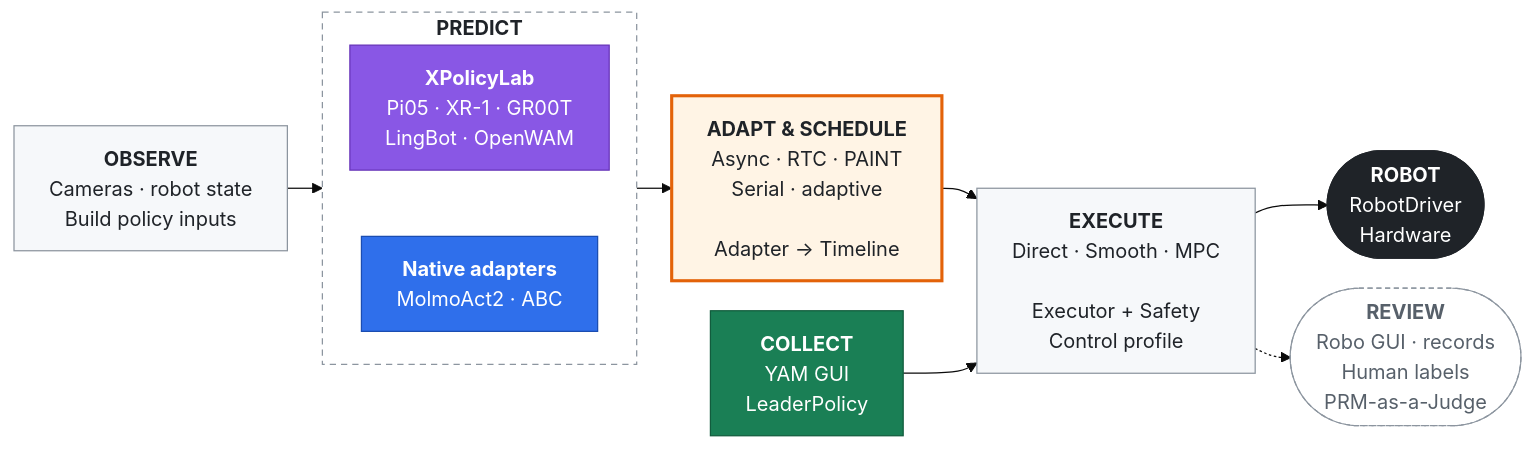
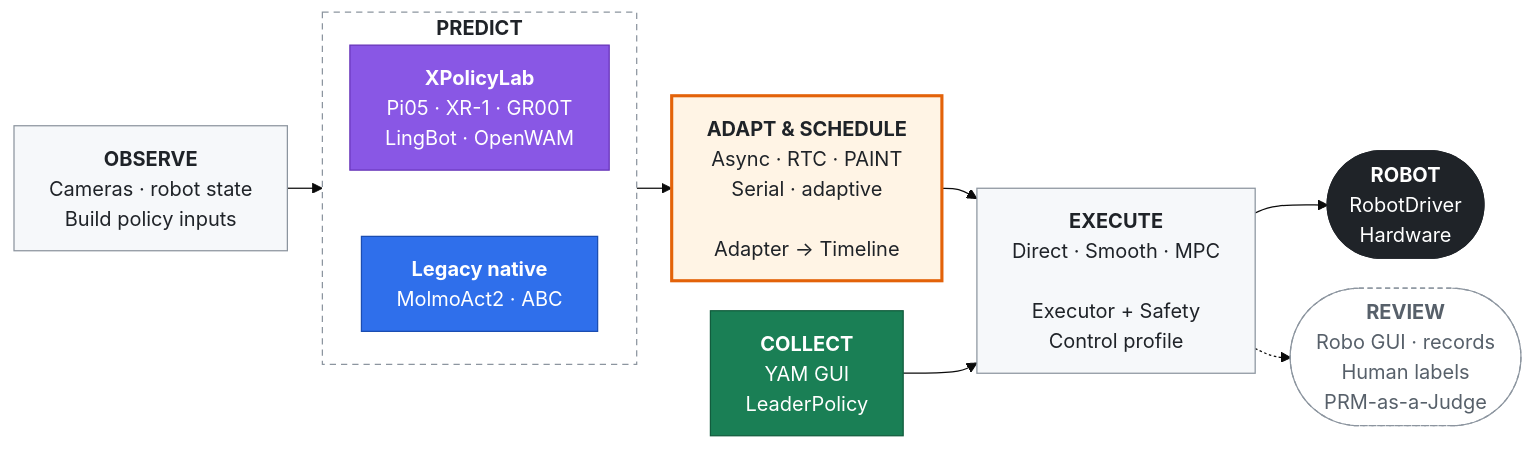
One commit to SII-LiuLab/manimux changed the diagram in README.md. Above: the diagram before and after it, drawn with Mermaid (base theme). The commit also changed other lines of this file and 4 other files, not shown here.

````diff
--- a/README.md
+++ b/README.md
@@ -79,31 +86,31 @@
 ```mermaid
 %%{init: {"flowchart": {"wrappingWidth": 180, "curve": "basis", "nodeSpacing": 24, "rankSpacing": 28, "padding": 14}}}%%
 flowchart LR
     OBS["<b>OBSERVE</b><br/>Cameras · robot state<br/>Build policy inputs"]:::stage
 
     subgraph THINK["<b>PREDICT</b>"]
         direction TB
         XPOLICY["<b>XPolicyLab</b><br/>Pi05 · XR-1 · GR00T<br/>LingBot · OpenWAM"]:::xpolicy
-        NATIVE["<b>Native adapters</b><br/>MolmoAct2 · ABC"]:::native
+        NATIVE["<b>Legacy native</b><br/>MolmoAct2 · ABC"]:::native
         XPOLICY ~~~ NATIVE
     end
 
     PLAN["<b>ADAPT & SCHEDULE</b><br/>Async · RTC · PAINT<br/>Serial · adaptive<br/><br/>Adapter → Timeline"]:::handoff
     ACT["<b>EXECUTE</b><br/>Direct · Smooth · MPC<br/><br/>Executor + Safety<br/>Control profile"]:::stage
     ROBOT(["<b>ROBOT</b><br/>RobotDriver<br/>Hardware"]):::robot
     TELEOP["<b>COLLECT</b><br/>YAM GUI<br/>LeaderPolicy"]:::collection
     REVIEW(["<b>REVIEW</b><br/>Robo GUI · records<br/>Human labels<br/>PRM-as-a-Judge"]):::side
 
     OBS --> THINK --> PLAN --> ACT --> ROBOT
     TELEOP --> ACT
     ACT -.-> REVIEW
 
     classDef stage fill:#F6F8FA,stroke:#8C959F,stroke-width:1px,color:#1F2328
     classDef handoff fill:#FFF4E5,stroke:#E36209,stroke-width:2.5px,color:#1F2328
     classDef side fill:#FFFFFF,stroke:#8C959F,stroke-dasharray:4 3,color:#57606A
     classDef robot fill:#1F2328,stroke:#1F2328,color:#FFFFFF
     classDef xpolicy fill:#8957E5,stroke:#6633B8,color:#FFFFFF
     classDef native fill:#2F6FEB,stroke:#1B4DB1,color:#FFFFFF
     classDef collection fill:#1A7F55,stroke:#125C3D,color:#FFFFFF
     style THINK fill:#FFFFFF,stroke:#8C959F,stroke-dasharray:5 4,color:#1F2328
 ```
````
